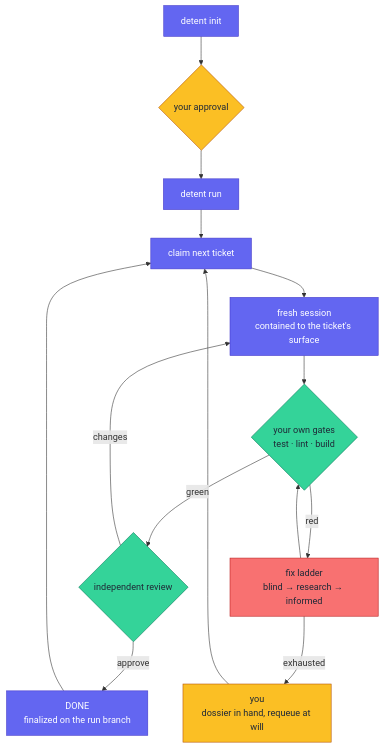
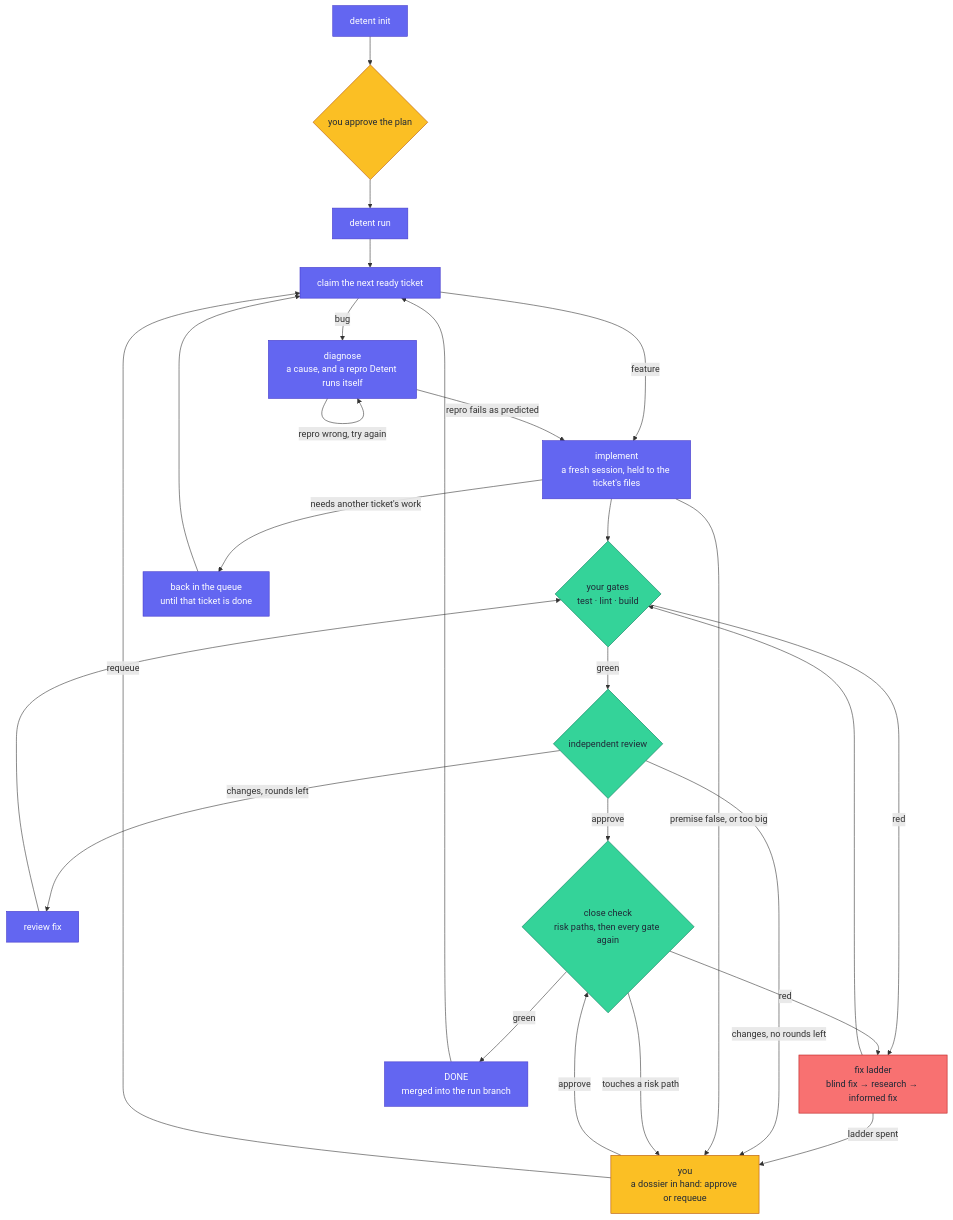
Before and after one commit to djazairdev/detent: the diagram in docs/golden-path.md, drawn with Mermaid. The commit also changed other lines of this file, not shown here.

Commit message:
docs: bring the run diagram in line with the state machine
Add the bug diagnosis, review-fix rounds, the close check (risk paths, then
every gate again), dependency waits, and the stops that come to you. Only a
change touching the config's risk paths waits for approval; the plan's risk
label is advisory (B-4').

````diff
--- a/docs/golden-path.md
+++ b/docs/golden-path.md
@@ -35,25 +35,37 @@
 ```mermaid
 flowchart TD
-    I["detent init"] --> A{"your approval"}
+    I["detent init"] --> A{"you approve the plan"}
     A --> R["detent run"]
-    R --> C["claim next ticket"]
-    C --> S["fresh session<br>contained to the ticket's surface"]
-    S --> G{"your own gates<br>test · lint · build"}
+    R --> C["claim the next ready ticket"]
+    C -- feature --> S["implement<br>a fresh session, held to the ticket's files"]
+    C -- bug --> DG["diagnose<br>a cause, and a repro Detent runs itself"]
+    DG -- "repro fails as predicted" --> S
+    DG -- "repro wrong, try again" --> DG
+    S --> G{"your gates<br>test · lint · build"}
+    S -- "needs another ticket's work" --> W["back in the queue<br>until that ticket is done"]
+    W --> C
     G -- green --> V{"independent review"}
-    G -- red --> L["fix ladder<br>blind → research → informed"]
+    G -- red --> L["fix ladder<br>blind fix → research → informed fix"]
     L --> G
-    L -- exhausted --> H["you<br>dossier in hand, requeue at will"]
-    H --> C
-    V -- changes --> S
-    V -- approve --> D["DONE<br>finalized on the run branch"]
+    V -- "changes, rounds left" --> RF["review fix"]
+    RF --> G
+    V -- approve --> K{"close check<br>risk paths, then every gate again"}
+    K -- red --> L
+    K -- green --> D["DONE<br>merged into the run branch"]
     D --> C
+    L -- "ladder spent" --> H["you<br>a dossier in hand: approve or requeue"]
+    V -- "changes, no rounds left" --> H
+    S -- "premise false, or too big" --> H
+    K -- "touches a risk path" --> H
+    H -- approve --> K
+    H -- requeue --> C
 
     classDef you fill:#fbbf24,stroke:#b45309,color:#1f2937
     classDef machine fill:#6366f1,stroke:#4338ca,color:#ffffff
     classDef verify fill:#34d399,stroke:#047857,color:#1f2937
     classDef ladder fill:#f87171,stroke:#b91c1c,color:#1f2937
     class A,H you
-    class I,R,C,S,D machine
-    class G,V verify
+    class I,R,C,S,DG,W,RF,D machine
+    class G,V,K verify
     class L ladder
 ```
````
